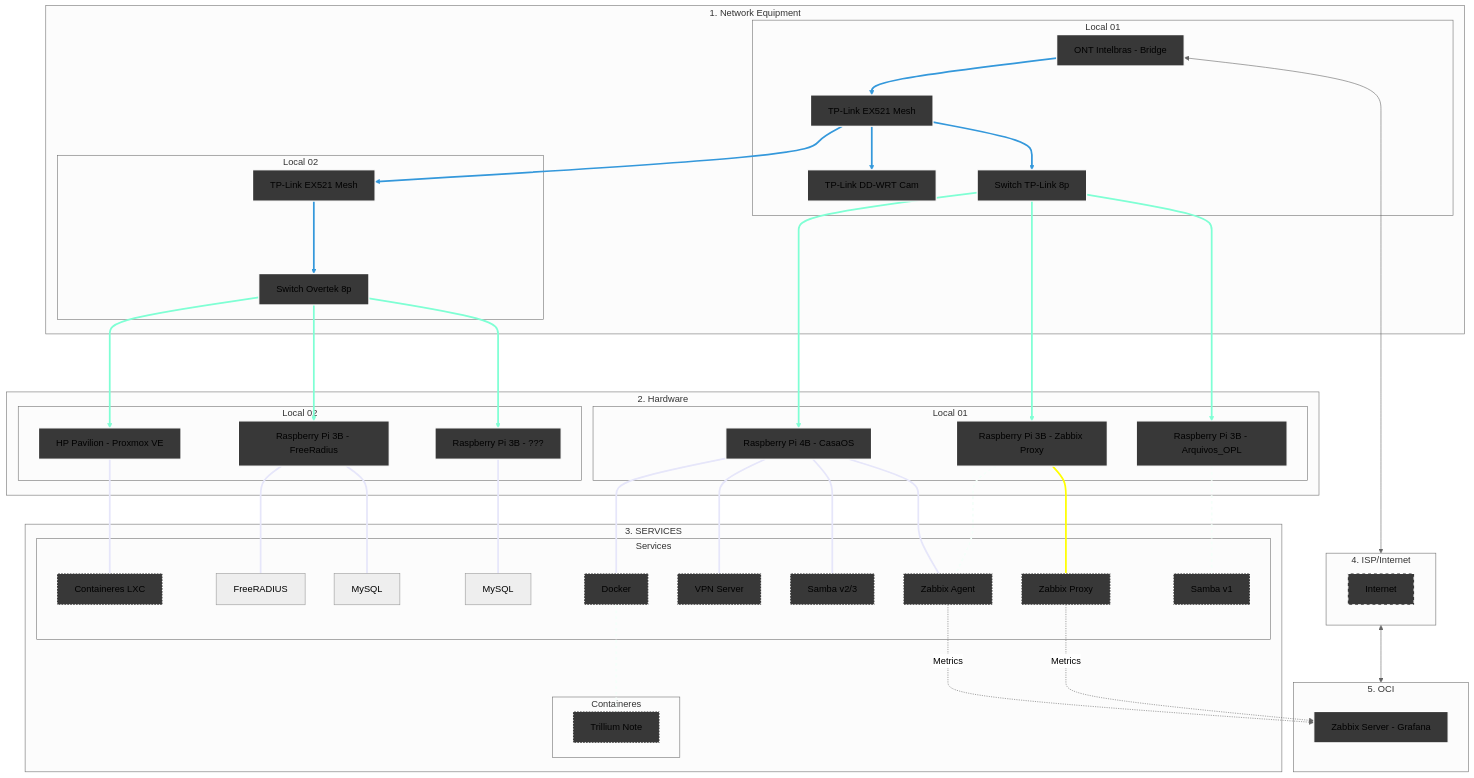
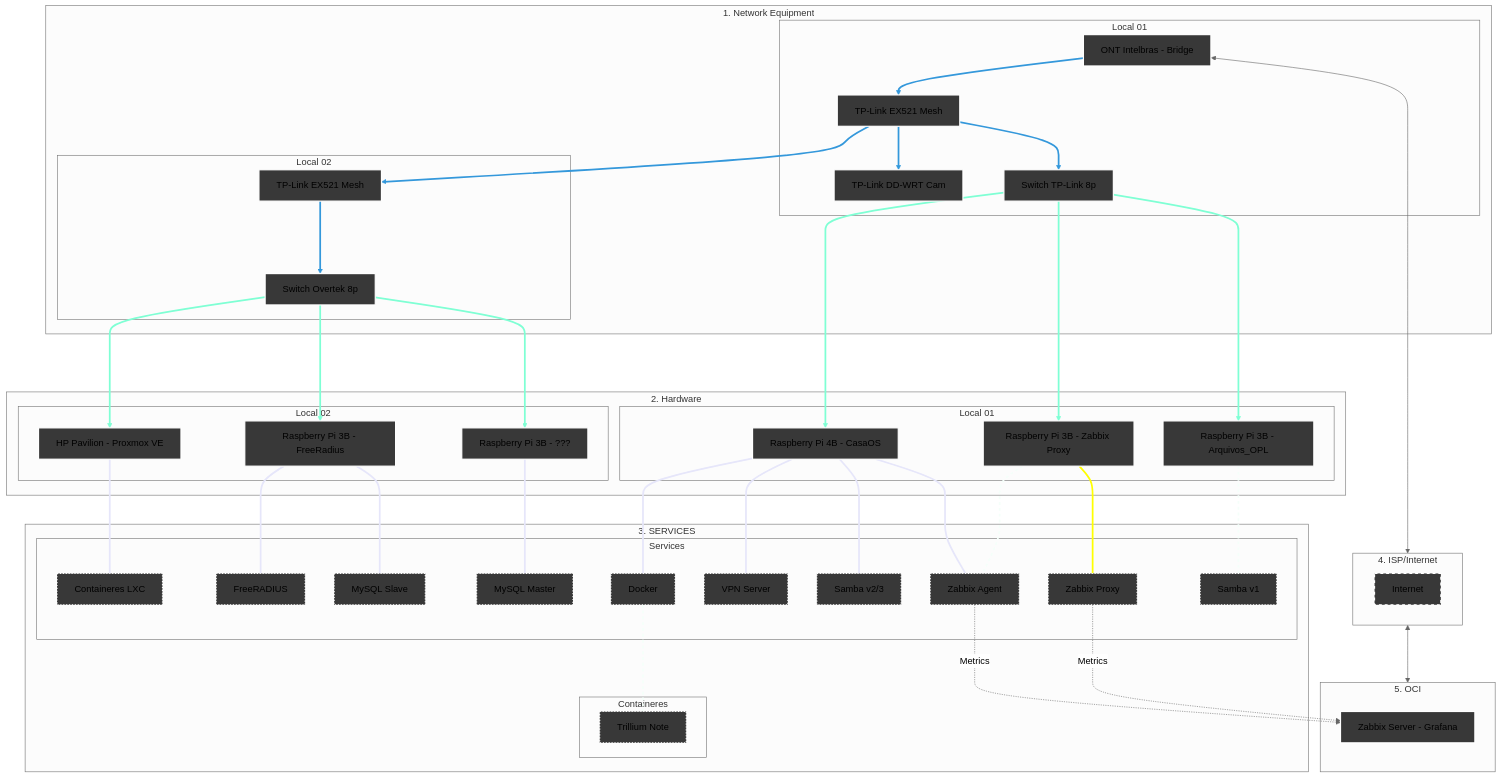
Before and after one commit to kevindexter22/Dr-Hardware-Autonet: the diagram in Infrastructure/README.md, drawn with Mermaid (neutral theme).

Commit message:
Update MySQL service labels in README

````diff
--- a/Infrastructure/README.md
+++ b/Infrastructure/README.md
@@ -13,83 +13,83 @@
 ```mermaid
 graph TD
     %% Styles
     classDef network fill:#383838,stroke:#FFFFFF,stroke-width:2px;
     classDef hardware fill:#383838,stroke:#FFFFFF,stroke-width:2px;
     classDef internet fill:#383838,stroke:#FFFFFF,stroke-width:2px,stroke-dasharray: 5 5;
     classDef services fill:#383838,stroke:#FFFFFF,stroke-width:2px, stroke-dasharray: 2 3;
     classDef oci fill:#383838,stroke:#FFFFFF,stroke-width:2px;
 
     %% 1. NETWORK EQUIPMENT
     subgraph Principal["1. Network Equipment"]
     subgraph S1 [Local 01]
         ONT[ONT Intelbras - Bridge]:::network --> R_Mesh1[TP-Link EX521 Mesh]:::network
         R_Mesh1 --> R_Cams[TP-Link DD-WRT Cam]:::network 
         R_Mesh1 --> SW1[Switch TP-Link 8p]:::network  
     end
     subgraph S2 [Local 02]
         R_Mesh1 --> R_Mesh2[TP-Link EX521 Mesh]:::network
         R_Mesh2 ---> SW2[Switch Overtek 8p]:::network
     end
     end
     
     %% 2. HARDWARE
     subgraph Principal02["2. Hardware"]
     subgraph S3 [Local 01]
         SW1 ---> RPi4B[Raspberry Pi 4B - CasaOS]:::hardware
         SW1 ---> RPi3B_2[Raspberry Pi 3B - Zabbix Proxy]:::hardware
         SW1 ---> RPi3B_1[Raspberry Pi 3B - Arquivos_OPL]:::hardware
     end
     subgraph S4 [Local 02]
         SW2 ---> HP[HP Pavilion - Proxmox VE]:::hardware
         SW2 ---> RPi3B_3[Raspberry Pi 3B - FreeRadius]:::hardware
         SW2 ---> RPi3B_4[Raspberry Pi 3B - ???]:::hardware
     end
     end
 
     %% 3. SERVICES
     subgraph Principal03["3. SERVICES"]
     subgraph S5 [Services];
         HP --- PVE[Containeres LXC]:::services
-        RPi3B_3 --- FreeRAD[FreeRADIUS]
-        RPi3B_3 --- BDMSQL[MySQL]
-        RPi3B_4 --- BDSSQL[MySQL]
+        RPi3B_3 --- FreeRAD[FreeRADIUS]:::services
+        RPi3B_3 --- BDMSQL[MySQL Slave]:::services
+        RPi3B_4 --- BDSSQL[MySQL Master]:::services
         RPi4B --- Docker[Docker]:::services     
         RPi4B --- VPN[VPN Server]:::services
         RPi4B --- SMB2[Samba v2/3]:::services
         RPi4B --- ZA[Zabbix Agent]:::services
         RPi3B_2 --- ZP[Zabbix Proxy]:::services
         RPi3B_2 --- ZA[Zabbix Agent]:::services
         RPi3B_1 --- SMB1[Samba v1]:::services
     end
     subgraph S6 [Containeres];
         Docker[Docker] --- Trillium[Trillium Note]:::services
     end
     end
 
     %% 4. Internet (The Bridge)
     subgraph S7 [4. ISP/Internet]
            internet[Internet]:::internet
     end
 
     %% 5. Oracle Cloud Infrastructure
     subgraph S8 [5. OCI]
         ZS[Zabbix Server - Grafana]:::oci
     end
 
     %% Conections of data flow
     ONT <--> S7
     S7 <--> S8
     
     %% Logical conections
     ZA -.-> |Metrics| ZS
     ZP -.-> |Metrics| ZS 
 
     %% --- Set collor on conections ---
     
     linkStyle 0,1,2,3,4 stroke:#3498db,stroke-width:3px;
     linkStyle 5,6,7,8,9,10 stroke:#7FFFD4,stroke-width:3px;
     linkStyle 11,12,13,14,15,16,17,18 stroke:#E6E6FA,stroke-width:3px;
     linkStyle 19 stroke:#FFFF00,stroke-width:3px;
     linkStyle 20,21,22 stroke:#F5FFFA,stroke-width:3px,stroke-dasharray: 5 5;
 
 ```
````
